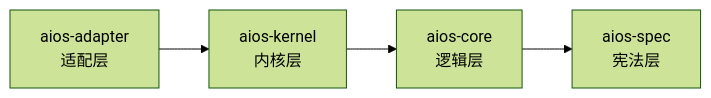
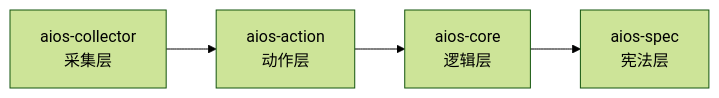
One commit to 114August514/DiPECS changed the third of 12 diagrams in docs/slides/midterm/slides.md. Above: the diagram before and after it, drawn with Mermaid (forest theme). The commit also changed other lines of this file and 22 other files, not shown here.

````diff
--- a/docs/slides/midterm/slides.md
+++ b/docs/slides/midterm/slides.md
@@ -462,11 +466,11 @@
 ```mermaid {scale: 0.58}
 graph LR
-    L4["aios-adapter<br/>适配层"]
-    L3["aios-kernel<br/>内核层"]
+    L4["aios-collector<br/>采集层"]
+    L3["aios-action<br/>动作层"]
     L2["aios-core<br/>逻辑层"]
     L1["aios-spec<br/>宪法层"]
 
     L4 --> L3
     L3 --> L2
     L2 --> L1
 ```
````
